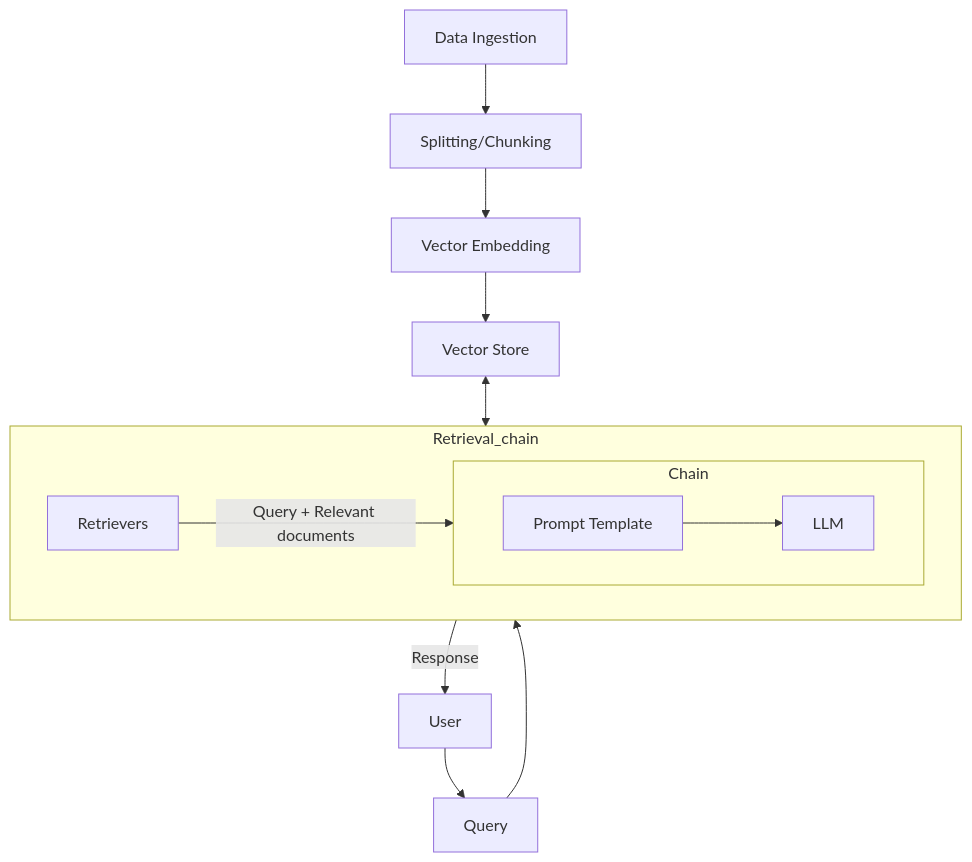
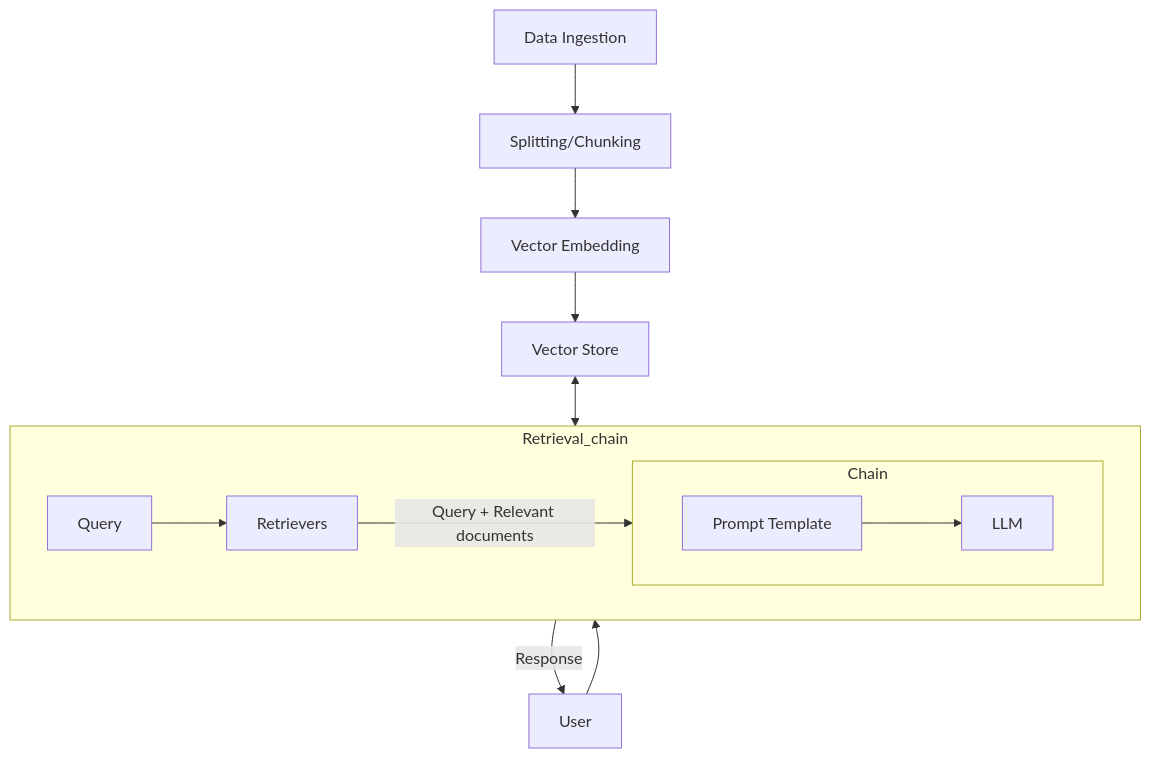
Before and after one commit to Darshan922000/Retrieval-Augmented-Generation: the diagram in README.md, drawn with Mermaid.

````diff
--- a/README.md
+++ b/README.md
@@ -3,26 +3,25 @@
 ```mermaid
 flowchart TD
     A[Data Ingestion] --> B[Splitting/Chunking]
 
     B --> C[Vector Embedding]
 
     C --> D[Vector Store]
 
     D <--> E[Retrievers] 
 
     subgraph Retrieval_chain
         direction LR
         E -- Query + Relevant documents --> F[Prompt Template]
 
         subgraph Chain
             direction LR
             F --> G[LLM]
         end
+        H[Query] --> E
     end
-    
-    H[Query] --> E
 
     I[User] --> H
 
     G -- Response --> I[User]
 ```
````
